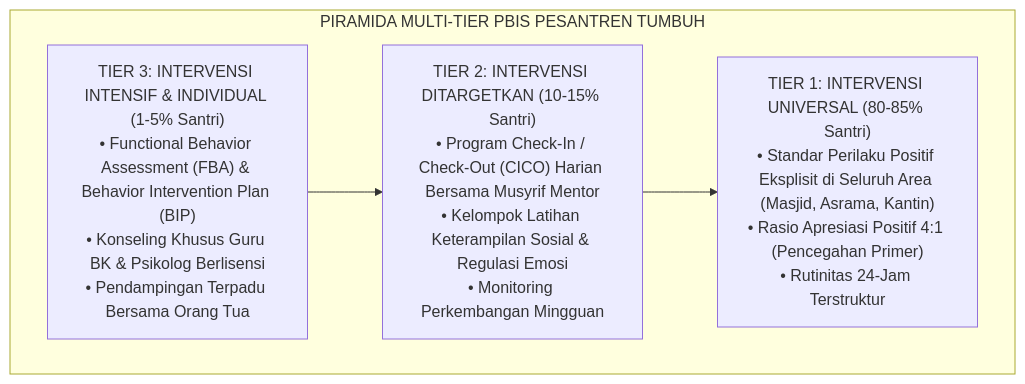
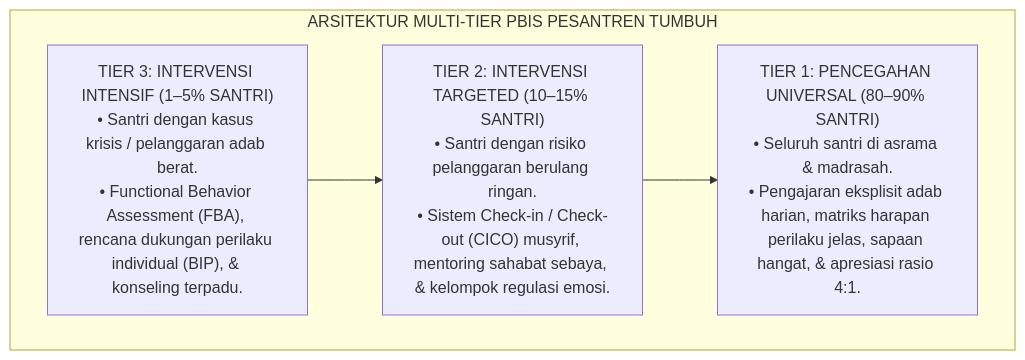
The third of 8 diagrams in 01 Philosophy/04 Education/P1-04-03-Paradigma-Disiplin-Restoratif-dan-PBIS.md (wandiapriliyandi/tumbuh), drawn with Mermaid before and after one commit. The commit also changed other lines of this file and 31 other files, not shown here.

````diff
--- a/01 Philosophy/04 Education/P1-04-03-Paradigma-Disiplin-Restoratif-dan-PBIS.md
+++ b/01 Philosophy/04 Education/P1-04-03-Paradigma-Disiplin-Restoratif-dan-PBIS.md
@@ -48,12 +144,12 @@
 ```mermaid
 graph TD
-    subgraph PiramidaPBIS["PIRAMIDA MULTI-TIER PBIS PESANTREN TUMBUH"]
-        T1["TIER 1: INTERVENSI UNIVERSAL (80-85% Santri)<br/>• Standar Perilaku Positif Eksplisit di Seluruh Area (Masjid, Asrama, Kantin)<br/>• Rasio Apresiasi Positif 4:1 (Pencegahan Primer)<br/>• Rutinitas 24-Jam Terstruktur"]
+    subgraph PiramidaPBISTUMBUH["ARSITEKTUR MULTI-TIER PBIS PESANTREN TUMBUH"]
+        Tier1["TIER 1: PENCEGAHAN UNIVERSAL (80–90% SANTRI)<br/>• Seluruh santri di asrama & madrasah.<br/>• Pengajaran eksplisit adab harian, matriks harapan perilaku jelas, sapaan hangat, & apresiasi rasio 4:1."]
         
-        T2["TIER 2: INTERVENSI DITARGETKAN (10-15% Santri)<br/>• Program Check-In / Check-Out (CICO) Harian Bersama Musyrif Mentor<br/>• Kelompok Latihan Keterampilan Sosial & Regulasi Emosi<br/>• Monitoring Perkembangan Mingguan"]
+        Tier2["TIER 2: INTERVENSI TARGETED (10–15% SANTRI)<br/>• Santri dengan risiko pelanggaran berulang ringan.<br/>• Sistem Check-in / Check-out (CICO) musyrif, mentoring sahabat sebaya, & kelompok regulasi emosi."]
         
-        T3["TIER 3: INTERVENSI INTENSIF & INDIVIDUAL (1-5% Santri)<br/>• Functional Behavior Assessment (FBA) & Behavior Intervention Plan (BIP)<br/>• Konseling Khusus Guru BK & Psikolog Berlisensi<br/>• Pendampingan Terpadu Bersama Orang Tua"]
+        Tier3["TIER 3: INTERVENSI INTENSIF (1–5% SANTRI)<br/>• Santri dengan kasus krisis / pelanggaran adab berat.<br/>• Functional Behavior Assessment (FBA), rencana dukungan perilaku individual (BIP), & konseling terpadu."]
         
-        T3 --> T2 --> T1
+        Tier3 --> Tier2 --> Tier1
     end
 ```
````
